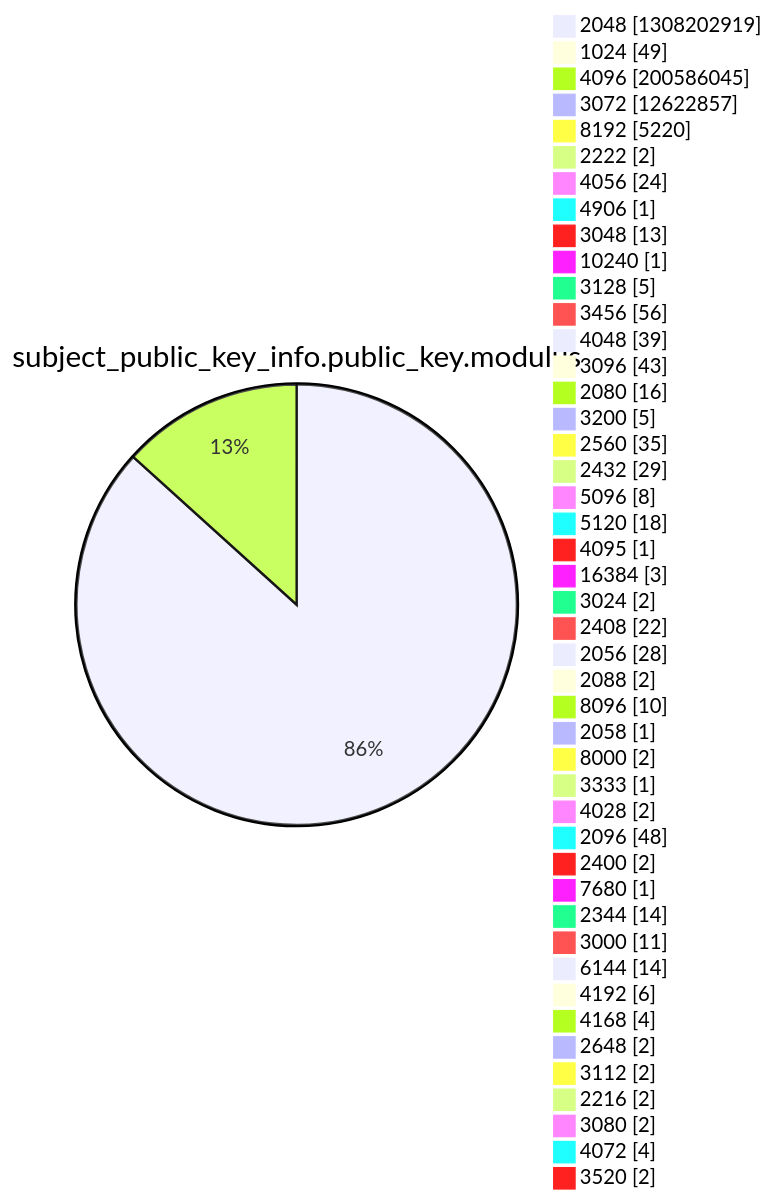
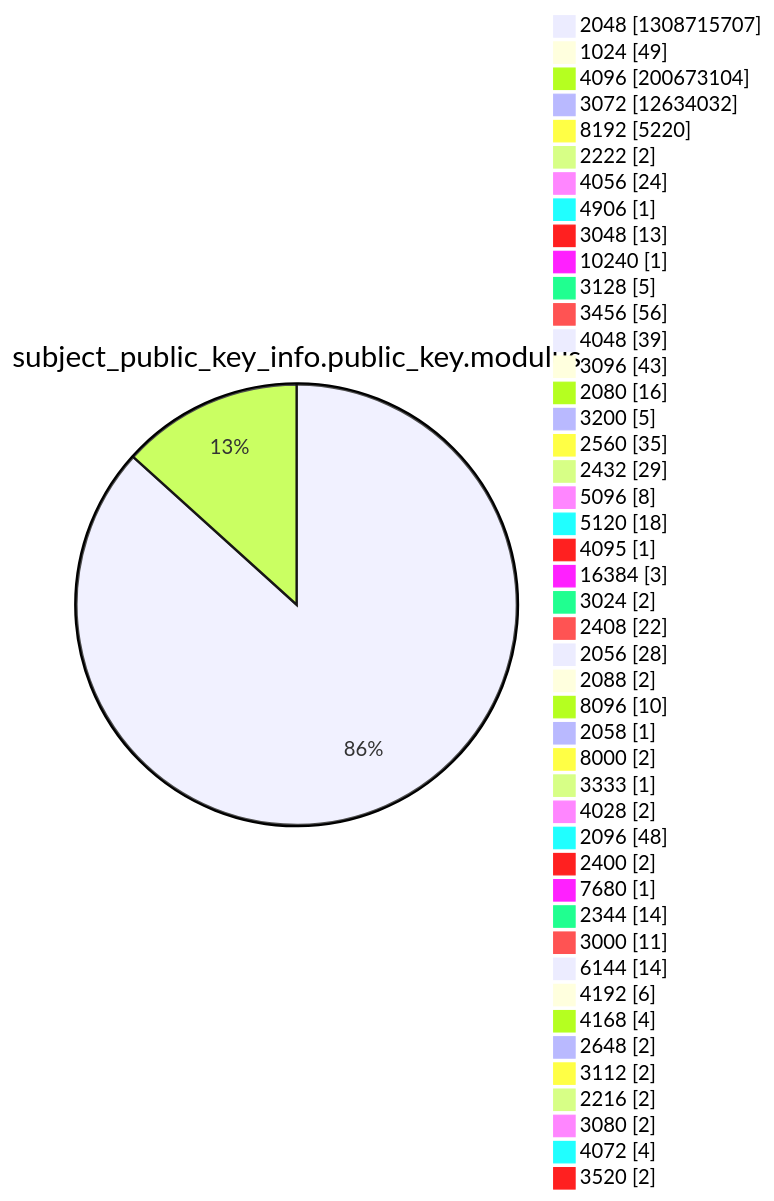
One commit to christiankrug/ctmonitor_visualization changed diagram 13 of 15 in xenon2022/README.md. Above: the diagram before and after it, drawn with Mermaid. The commit also changed other lines of this file, not shown here.

````diff
--- a/xenon2022/README.md
+++ b/xenon2022/README.md
@@ -3924,49 +3924,49 @@
 ```mermaid
 pie showData
 title subject_public_key_info.public_key.modulus
-"2048" :1308202919
+"2048" :1308715707
 "1024" :49
-"4096" :200586045
-"3072" :12622857
+"4096" :200673104
+"3072" :12634032
 "8192" :5220
 "2222" :2
 "4056" :24
 "4906" :1
 "3048" :13
 "10240" :1
 "3128" :5
 "3456" :56
 "4048" :39
 "3096" :43
 "2080" :16
 "3200" :5
 "2560" :35
 "2432" :29
 "5096" :8
 "5120" :18
 "4095" :1
 "16384" :3
 "3024" :2
 "2408" :22
 "2056" :28
 "2088" :2
 "8096" :10
 "2058" :1
 "8000" :2
 "3333" :1
 "4028" :2
 "2096" :48
 "2400" :2
 "7680" :1
 "2344" :14
 "3000" :11
 "6144" :14
 "4192" :6
 "4168" :4
 "2648" :2
 "3112" :2
 "2216" :2
 "3080" :2
 "4072" :4
 "3520" :2
 ```
````
